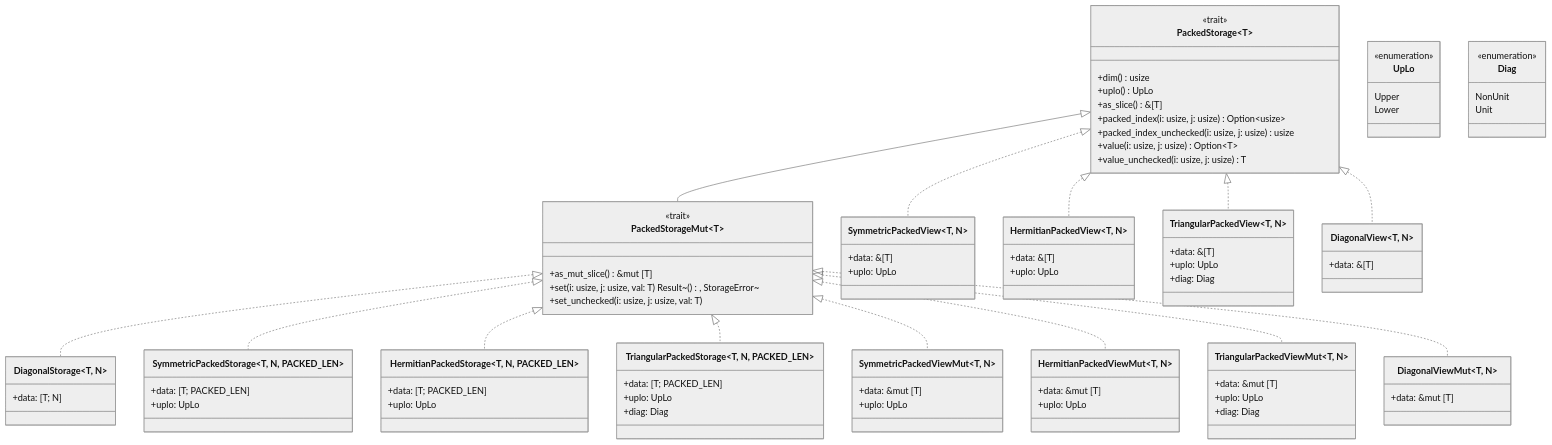
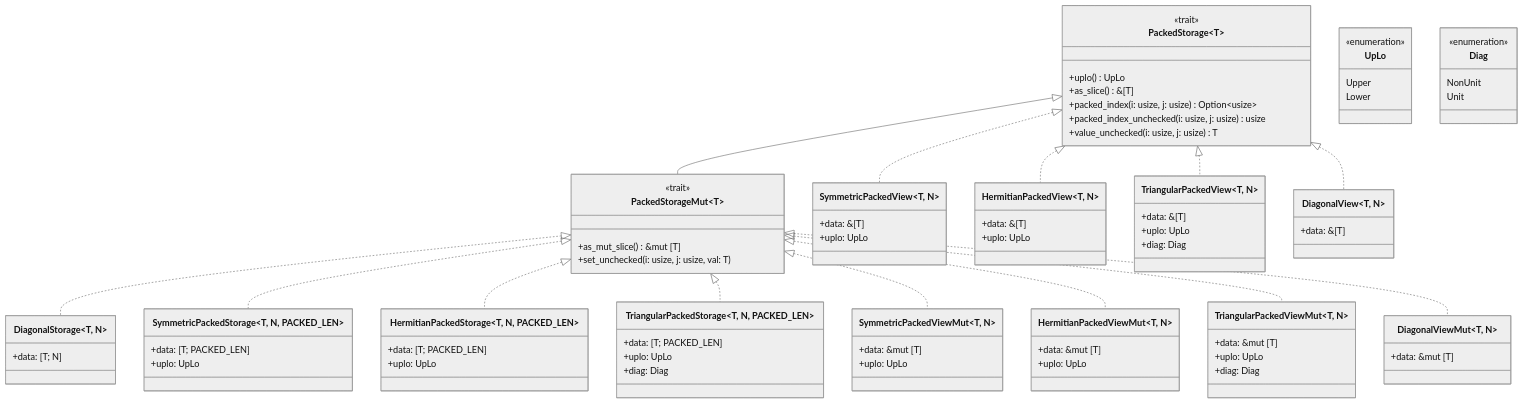
One commit to Dyse-Industries/control-rs changed the second of 3 diagrams in documentation/math/storage-design.md. Above: the diagram before and after it, drawn with Mermaid (neutral theme). The commit also changed other lines of this file and 35 other files, not shown here.

```diff
--- a/documentation/math/storage-design.md
+++ b/documentation/math/storage-design.md
@@ -244,19 +215,16 @@
 
     class PackedStorage~T~ {
         <<trait>>
-        +dim() usize
         +uplo() UpLo
         +as_slice() &[T]
         +packed_index(i: usize, j: usize) Option~usize~
         +packed_index_unchecked(i: usize, j: usize) usize
-        +value(i: usize, j: usize) Option~T~
         +value_unchecked(i: usize, j: usize) T
     }
 
     class PackedStorageMut~T~ {
         <<trait>>
         +as_mut_slice() &mut [T]
-        +set(i: usize, j: usize, val: T) Result~(), StorageError~
         +set_unchecked(i: usize, j: usize, val: T)
     }
 
```
